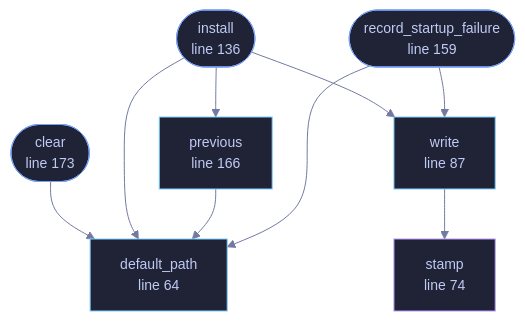
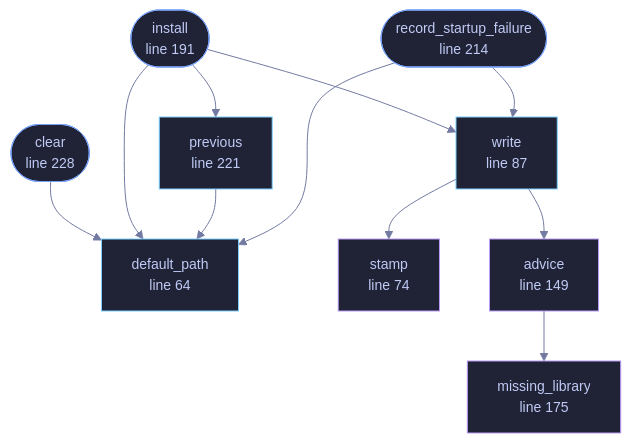
One commit to tilas01/veilvoice changed the diagram in docs/files/veilvoice-gui/crashlog.md. Above: the diagram before and after it, drawn with Mermaid. The commit also changed other lines of this file and 131 other files, not shown here.

````diff
--- a/docs/files/veilvoice-gui/crashlog.md
+++ b/docs/files/veilvoice-gui/crashlog.md
@@ -113,32 +113,38 @@
 ```mermaid
 %%{init: {"theme":"base","themeVariables":{"background":"#1a1b26","primaryColor":"#1f2335","primaryTextColor":"#c0caf5","primaryBorderColor":"#7aa2f7","secondaryColor":"#16161e","tertiaryColor":"#16161e","lineColor":"#737aa2","textColor":"#c0caf5","mainBkg":"#1f2335","nodeBorder":"#7aa2f7","clusterBkg":"#16161e","clusterBorder":"#2f3549","fontFamily":"ui-monospace, SFMono-Regular, Consolas, monospace","fontSize":"14px"}}}%%
 flowchart TD
     n_default_path["default_path<br/>line 64"]
     n_stamp["stamp<br/>line 74"]
     n_write["write<br/>line 87"]
-    n_install(["install<br/>line 136"])
-    n_record_startup_failure(["record_startup_failure<br/>line 159"])
-    n_previous["previous<br/>line 166"]
-    n_clear(["clear<br/>line 173"])
+    n_advice["advice<br/>line 149"]
+    n_missing_library["missing_library<br/>line 175"]
+    n_install(["install<br/>line 191"])
+    n_record_startup_failure(["record_startup_failure<br/>line 214"])
+    n_previous["previous<br/>line 221"]
+    n_clear(["clear<br/>line 228"])
+    n_advice --> n_missing_library
     n_clear --> n_default_path
     n_install --> n_default_path
     n_install --> n_previous
     n_install --> n_write
     n_previous --> n_default_path
     n_record_startup_failure --> n_default_path
     n_record_startup_failure --> n_write
+    n_write --> n_advice
     n_write --> n_stamp
     click n_default_path href "https://github.com/tilas01/veilvoice/blob/main/crates/veilvoice-gui/src/crashlog.rs#L64" "open the source"
     click n_stamp href "https://github.com/tilas01/veilvoice/blob/main/crates/veilvoice-gui/src/crashlog.rs#L74" "open the source"
     click n_write href "https://github.com/tilas01/veilvoice/blob/main/crates/veilvoice-gui/src/crashlog.rs#L87" "open the source"
-    click n_install href "https://github.com/tilas01/veilvoice/blob/main/crates/veilvoice-gui/src/crashlog.rs#L136" "open the source"
-    click n_record_startup_failure href "https://github.com/tilas01/veilvoice/blob/main/crates/veilvoice-gui/src/crashlog.rs#L159" "open the source"
-    click n_previous href "https://github.com/tilas01/veilvoice/blob/main/crates/veilvoice-gui/src/crashlog.rs#L166" "open the source"
-    click n_clear href "https://github.com/tilas01/veilvoice/blob/main/crates/veilvoice-gui/src/crashlog.rs#L173" "open the source"
+    click n_advice href "https://github.com/tilas01/veilvoice/blob/main/crates/veilvoice-gui/src/crashlog.rs#L149" "open the source"
+    click n_missing_library href "https://github.com/tilas01/veilvoice/blob/main/crates/veilvoice-gui/src/crashlog.rs#L175" "open the source"
+    click n_install href "https://github.com/tilas01/veilvoice/blob/main/crates/veilvoice-gui/src/crashlog.rs#L191" "open the source"
+    click n_record_startup_failure href "https://github.com/tilas01/veilvoice/blob/main/crates/veilvoice-gui/src/crashlog.rs#L214" "open the source"
+    click n_previous href "https://github.com/tilas01/veilvoice/blob/main/crates/veilvoice-gui/src/crashlog.rs#L221" "open the source"
+    click n_clear href "https://github.com/tilas01/veilvoice/blob/main/crates/veilvoice-gui/src/crashlog.rs#L228" "open the source"
     classDef entry fill:#1f2335,stroke:#7aa2f7,color:#c0caf5
     class n_install,n_record_startup_failure,n_clear entry
     classDef api fill:#1f2335,stroke:#7dcfff,color:#c0caf5
     class n_default_path,n_write,n_previous api
     classDef helper fill:#1f2335,stroke:#bb9af7,color:#c0caf5
-    class n_stamp helper
+    class n_stamp,n_advice,n_missing_library helper
 ```
````
